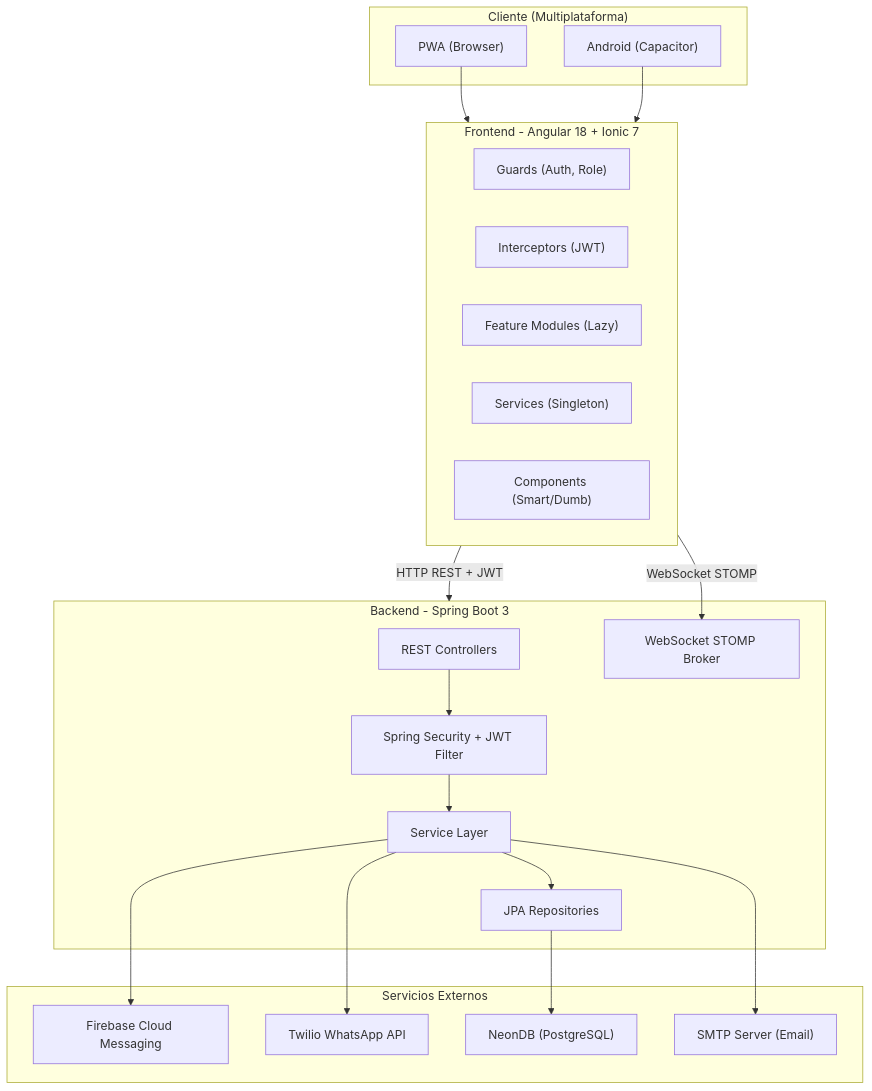
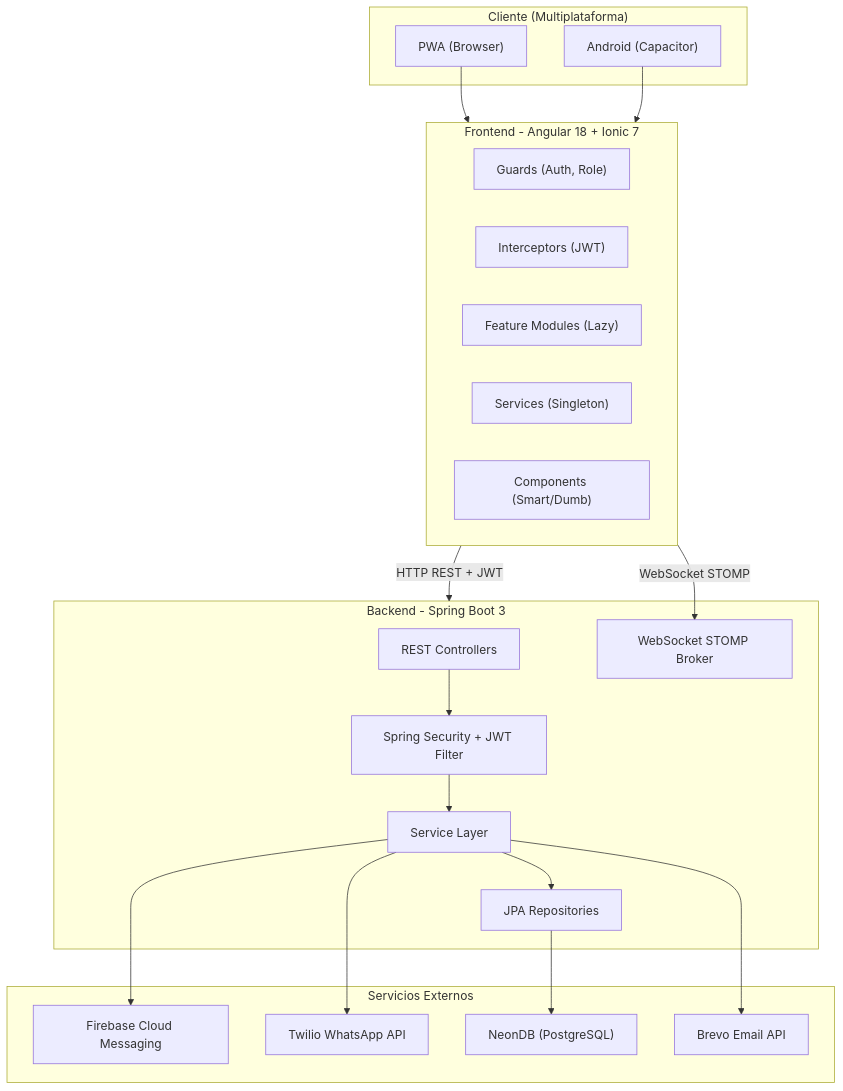
Before and after one commit to Sestmar/TFG-SergioEstudillo: the third of 12 diagrams in MEMORIA_TFG_DAM_United_FC.md, drawn with Mermaid. The commit also changed other lines of this file and 3 other files, not shown here.

````diff
--- a/MEMORIA_TFG_DAM_United_FC.md
+++ b/MEMORIA_TFG_DAM_United_FC.md
@@ -535,42 +535,42 @@
 ```mermaid
 graph TB
     subgraph Cliente["Cliente (Multiplataforma)"]
         PWA["PWA (Browser)"]
         AND["Android (Capacitor)"]
     end
 
     subgraph Frontend["Frontend - Angular 18 + Ionic 7"]
         GUARD["Guards (Auth, Role)"]
         INTER["Interceptors (JWT)"]
         MOD["Feature Modules (Lazy)"]
         SERV["Services (Singleton)"]
         COMP["Components (Smart/Dumb)"]
     end
 
     subgraph Backend["Backend - Spring Boot 3"]
         CTRL["REST Controllers"]
         SEC["Spring Security + JWT Filter"]
         SVC["Service Layer"]
         REPO["JPA Repositories"]
         WS["WebSocket STOMP Broker"]
     end
 
     subgraph Externos["Servicios Externos"]
         FCM["Firebase Cloud Messaging"]
         TWIL["Twilio WhatsApp API"]
         NEON["NeonDB (PostgreSQL)"]
-        SMTP["SMTP Server (Email)"]
+        BREVO["Brevo Email API"]
     end
 
     PWA --> Frontend
     AND --> Frontend
     Frontend -->|HTTP REST + JWT| Backend
     Frontend -->|WebSocket STOMP| WS
     CTRL --> SEC
     SEC --> SVC
     SVC --> REPO
     REPO --> NEON
     SVC --> FCM
     SVC --> TWIL
-    SVC --> SMTP
+    SVC --> BREVO
 ```
````
